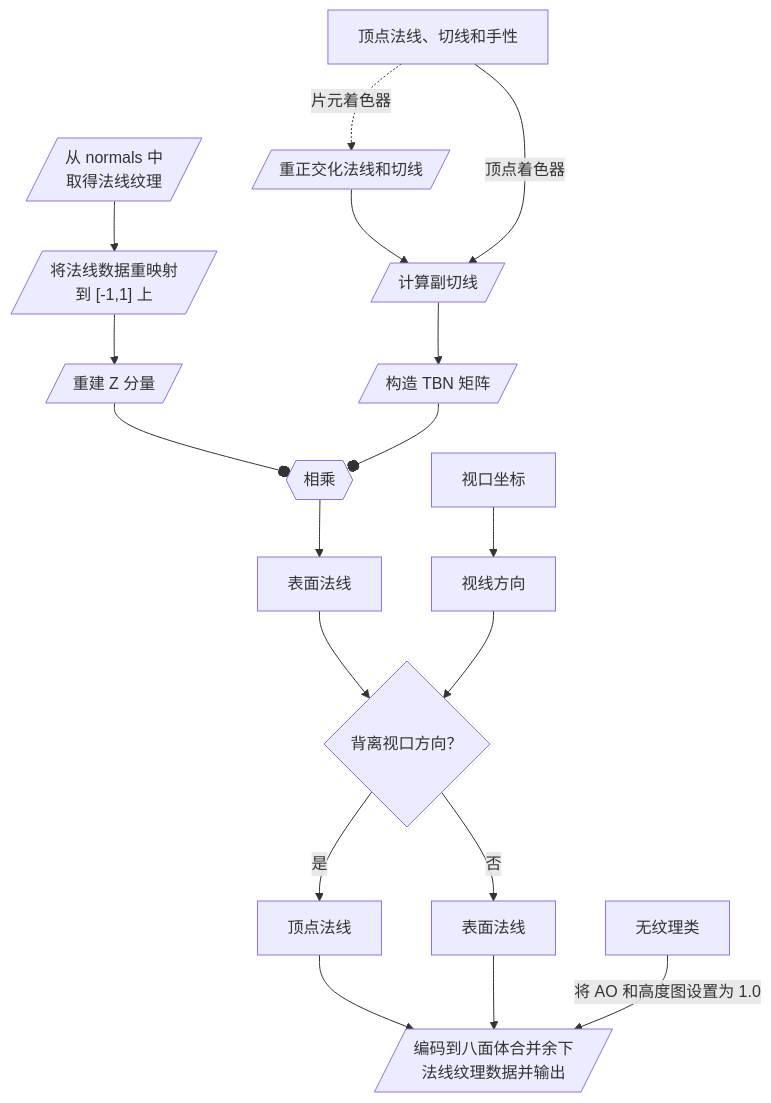
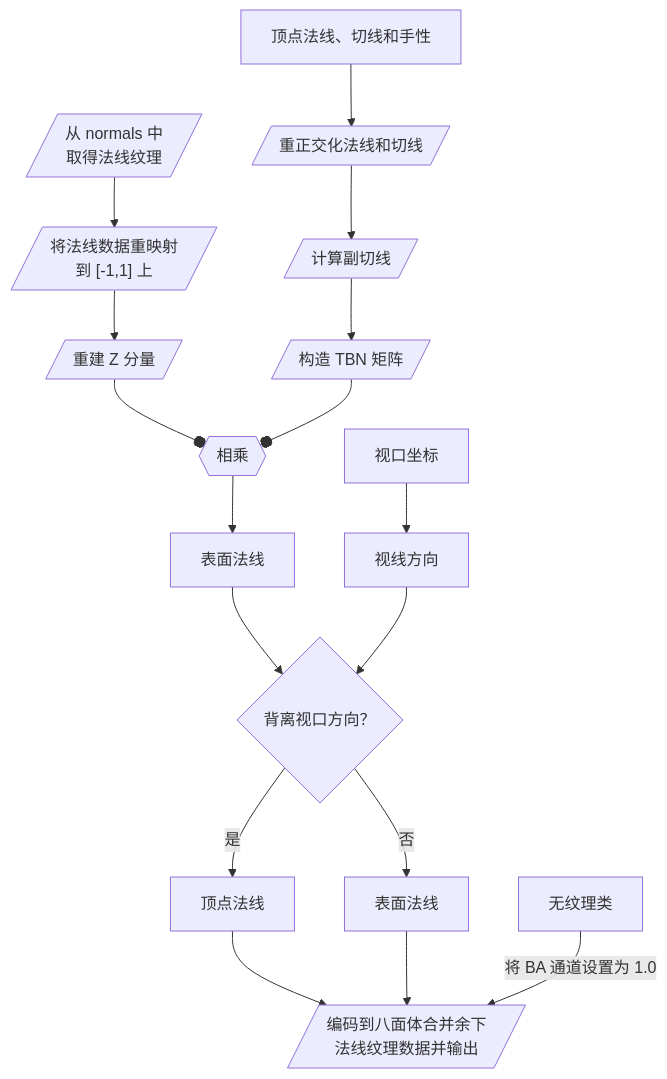
The first of 4 diagrams in Writerside/topics/Developer/Tutorial/Shader/2-3-1-advancedLighting.md (MineGraphCN/MGC_Docs), drawn with Mermaid before and after one commit. The commit also changed other lines of this file, not shown here.

````diff
--- a/Writerside/topics/Developer/Tutorial/Shader/2-3-1-advancedLighting.md
+++ b/Writerside/topics/Developer/Tutorial/Shader/2-3-1-advancedLighting.md
@@ -681,26 +693,25 @@
 ```mermaid
 flowchart TD
     out["顶点法线、切线和手性"]
     out2[视口坐标] --> in[视线方向]
     T1[/"`从 normals 中
     取得法线纹理`"/] --> T2
     T2[/"`将法线数据重映射
     到 [-1,1] 上`"/] --> T3
     T3[/重建 Z 分量/]
     TBN1[/"重正交化法线和切线"/] --> TBN2
     TBN2[/"计算副切线"/] --> TBN3
     TBN3[/"构造 TBN 矩阵"/]
     CVS{"背离视口方向？"}
     YES[顶点法线]
     NO[表面法线]
     T3 --o MUL{{相乘}} --> SN[表面法线] --> CVS
     TBN3 --o MUL
     CVS -- 是 --> YES
     CVS -- 否 --> NO
-    out -. 片元着色器 .-> TBN1
-    out -- 顶点着色器 --> TBN2
+    out --> TBN1
     in --> CVS
     YES & NO --> EW[/"编码到八面体合并余下
     法线纹理数据并输出"/]
-    TL[无纹理类] -- 将 AO 和高度图设置为 1.0 --> EW
+    TL[无纹理类] -- 将 BA 通道设置为 1.0 --> EW
 ```
````
